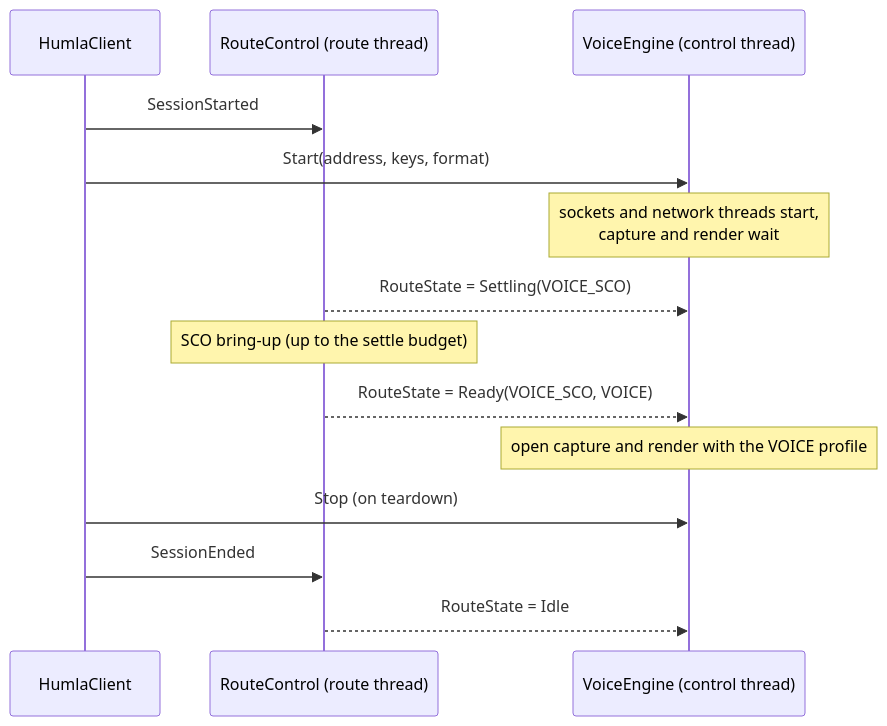
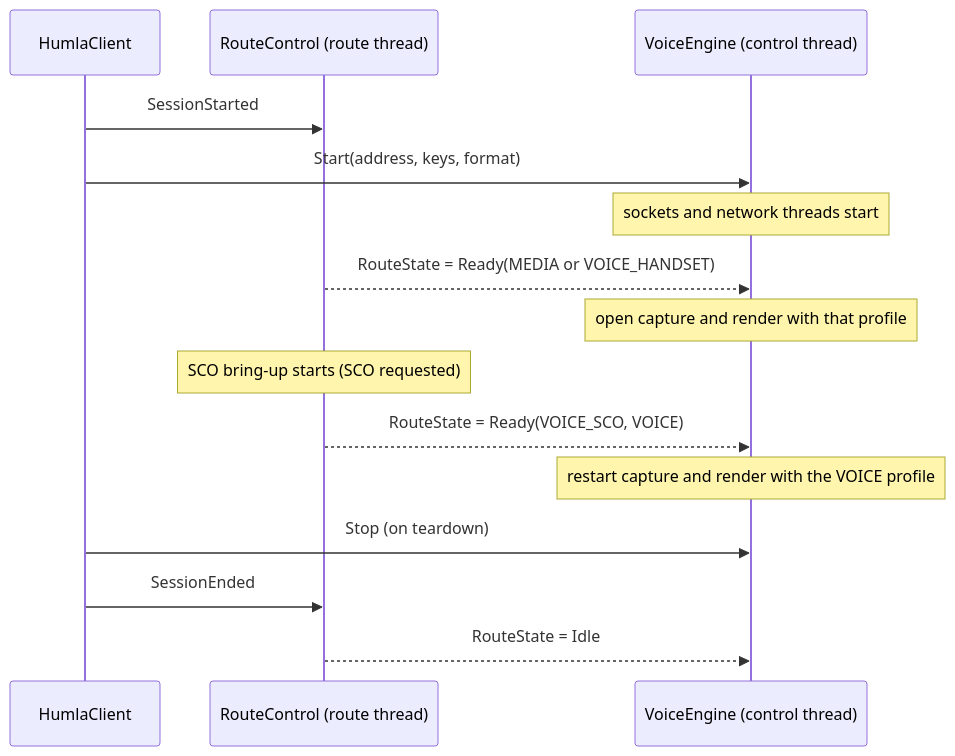
One commit to 360ied/mumla-oled changed the diagram in docs/tech-debt-whales/target-architecture/route.md. Above: the diagram before and after it, drawn with Mermaid. The commit also changed other lines of this file and 14 other files, not shown here.

First line of the commit message:
docs: settle route, reconnect, error, sync specs

````diff
--- a/docs/tech-debt-whales/target-architecture/route.md
+++ b/docs/tech-debt-whales/target-architecture/route.md
@@ -122,17 +153,18 @@
 ```mermaid
 sequenceDiagram
     participant C as HumlaClient
     participant R as RouteControl (route thread)
     participant V as VoiceEngine (control thread)
 
     C->>R: SessionStarted
     C->>V: Start(address, keys, format)
-    Note over V: sockets and network threads start,<br/>capture and render wait
-    R-->>V: RouteState = Settling(VOICE_SCO)
-    Note over R: SCO bring-up (up to the settle budget)
+    Note over V: sockets and network threads start
+    R-->>V: RouteState = Ready(MEDIA or VOICE_HANDSET)
+    Note over V: open capture and render with that profile
+    Note over R: SCO bring-up starts (SCO requested)
     R-->>V: RouteState = Ready(VOICE_SCO, VOICE)
-    Note over V: open capture and render with the VOICE profile
+    Note over V: restart capture and render with the VOICE profile
     C->>V: Stop (on teardown)
     C->>R: SessionEnded
     R-->>V: RouteState = Idle
 ```
````
